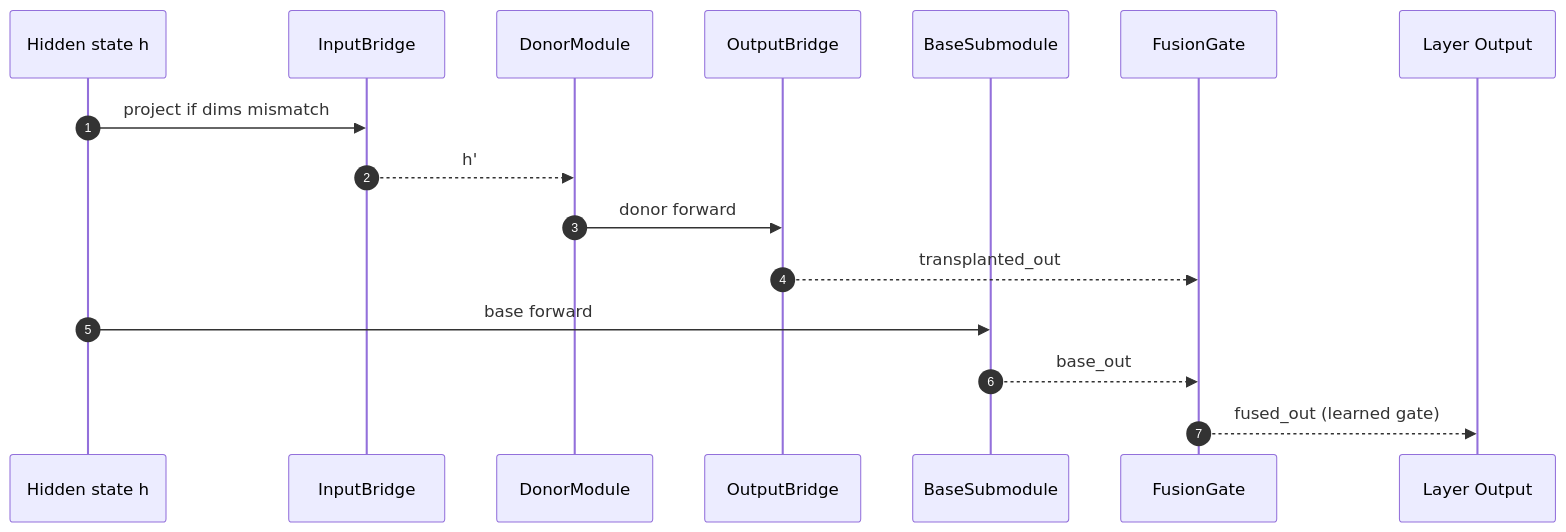
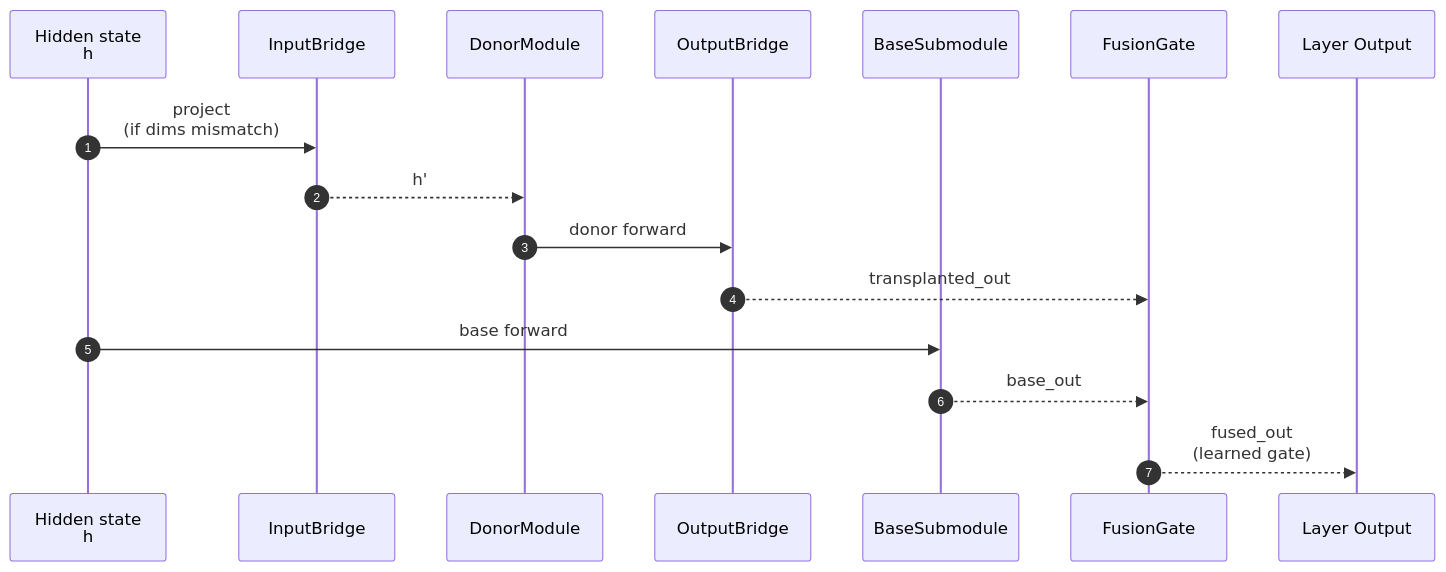
The second of 3 diagrams in README.md (qrv0/llm-ripper), drawn with Mermaid before and after one commit. The commit also changed other lines of this file, not shown here.

````diff
--- a/README.md
+++ b/README.md
@@ -134,19 +141,19 @@
 ```mermaid
 sequenceDiagram
   autonumber
-  participant H as Hidden state h
+  participant H as Hidden state<br/>h
   participant IB as InputBridge
   participant DM as DonorModule
   participant OB as OutputBridge
   participant BASE as BaseSubmodule
   participant G as FusionGate
   participant Y as Layer Output
 
-  H->>IB: project if dims mismatch
+  H->>IB: project<br/>(if dims mismatch)
   IB-->>DM: h'
   DM->>OB: donor forward
   OB-->>G: transplanted_out
   H->>BASE: base forward
   BASE-->>G: base_out
-  G-->>Y: fused_out (learned gate)
+  G-->>Y: fused_out<br/>(learned gate)
 ```
````
